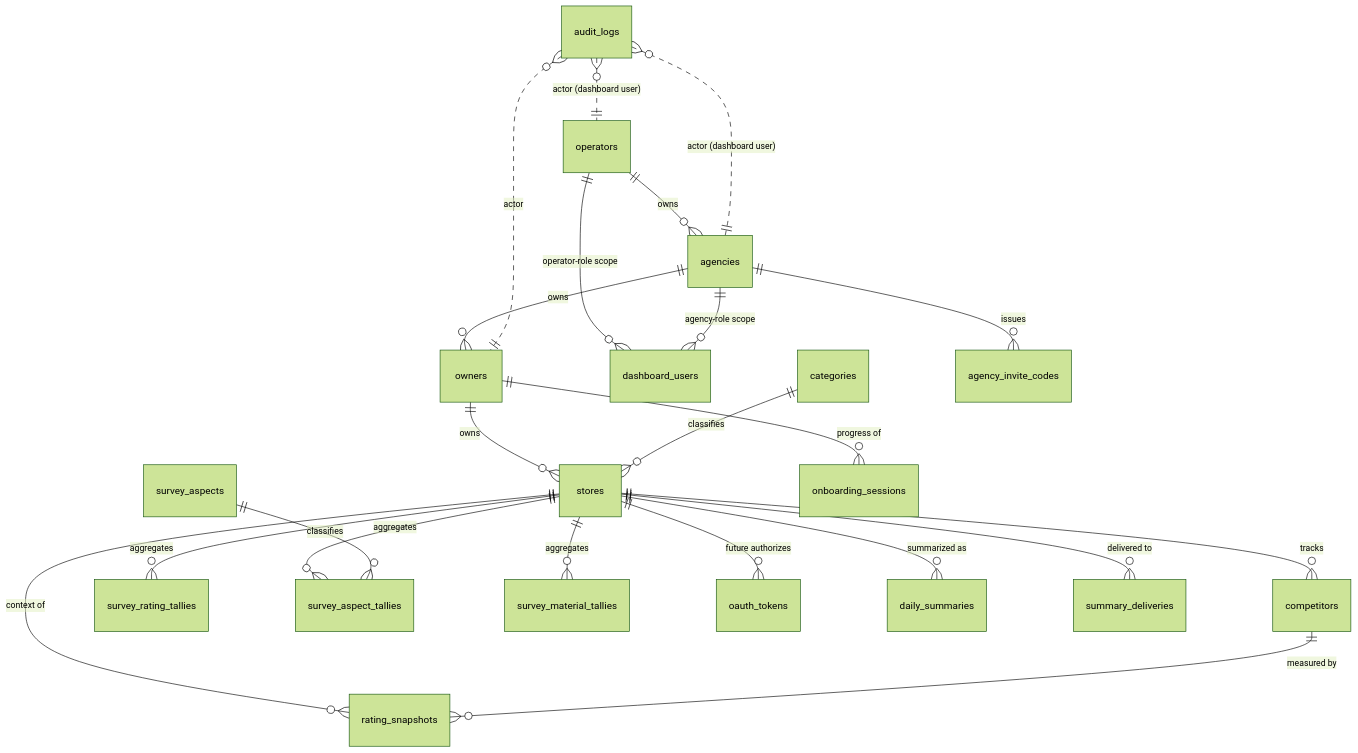
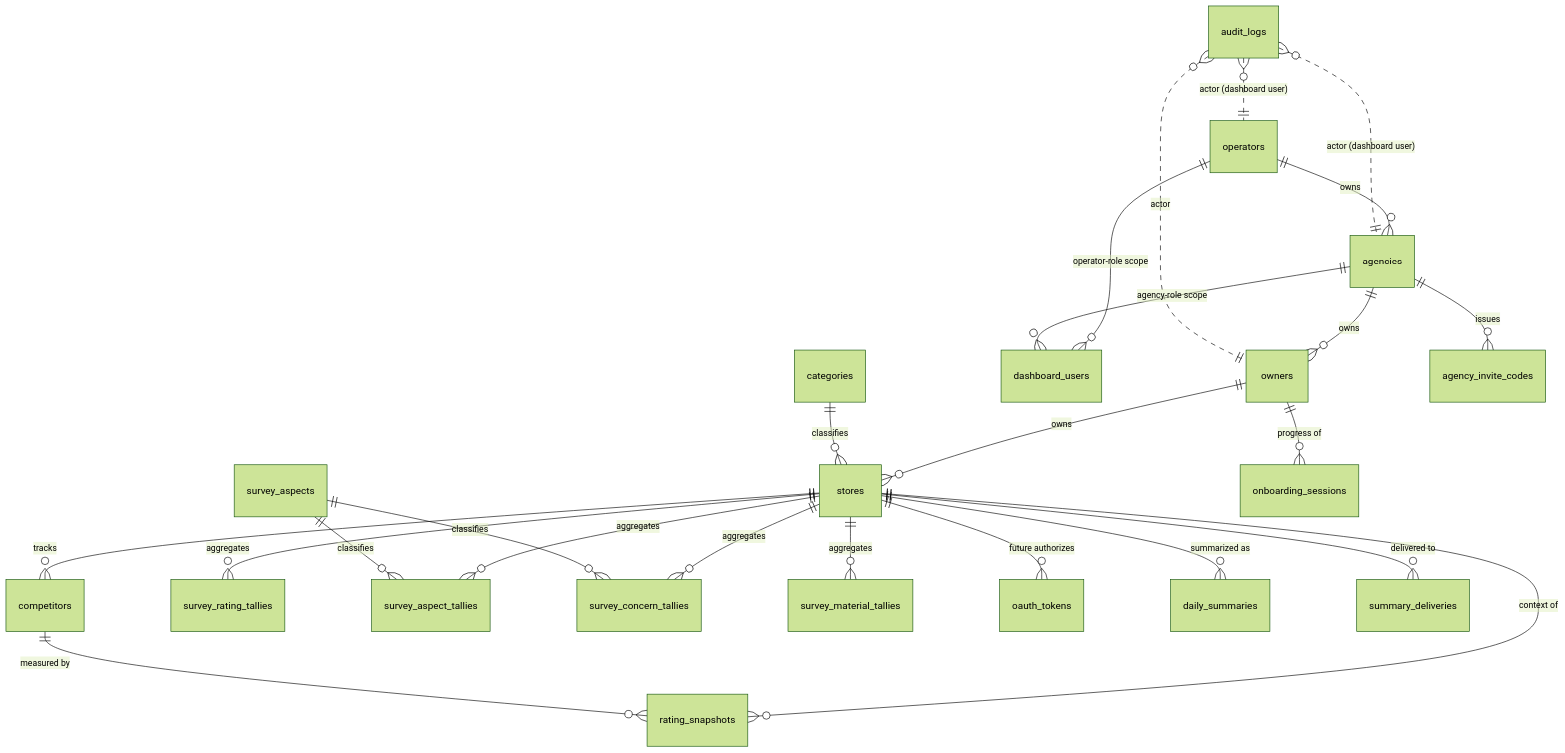
Before and after one commit to ManatoYamashita/fw-line-meo: the diagram in db/ERD.md, drawn with Mermaid (forest theme). The commit also changed other lines of this file and 8 other files, not shown here.

````diff
--- a/db/ERD.md
+++ b/db/ERD.md
@@ -8,24 +8,26 @@
 ```mermaid
 erDiagram
     operators ||--o{ agencies : owns
     agencies ||--o{ owners : owns
     owners ||--o{ stores : owns
     operators ||--o{ dashboard_users : "operator-role scope"
     agencies ||--o{ dashboard_users : "agency-role scope"
     categories ||--o{ stores : classifies
     stores ||--o{ competitors : tracks
     stores ||--o{ rating_snapshots : "context of"
     competitors ||--o{ rating_snapshots : "measured by"
     stores ||--o{ survey_rating_tallies : aggregates
     stores ||--o{ survey_aspect_tallies : aggregates
+    stores ||--o{ survey_concern_tallies : aggregates
     stores ||--o{ survey_material_tallies : aggregates
     survey_aspects ||--o{ survey_aspect_tallies : classifies
+    survey_aspects ||--o{ survey_concern_tallies : classifies
     stores ||--o{ oauth_tokens : "future authorizes"
     stores ||--o{ daily_summaries : "summarized as"
     stores ||--o{ summary_deliveries : "delivered to"
     agencies ||--o{ agency_invite_codes : issues
     owners ||--o{ onboarding_sessions : "progress of"
     audit_logs }o..|| operators : "actor (dashboard user)"
     audit_logs }o..|| agencies : "actor (dashboard user)"
     audit_logs }o..|| owners : "actor"
 ```
````
